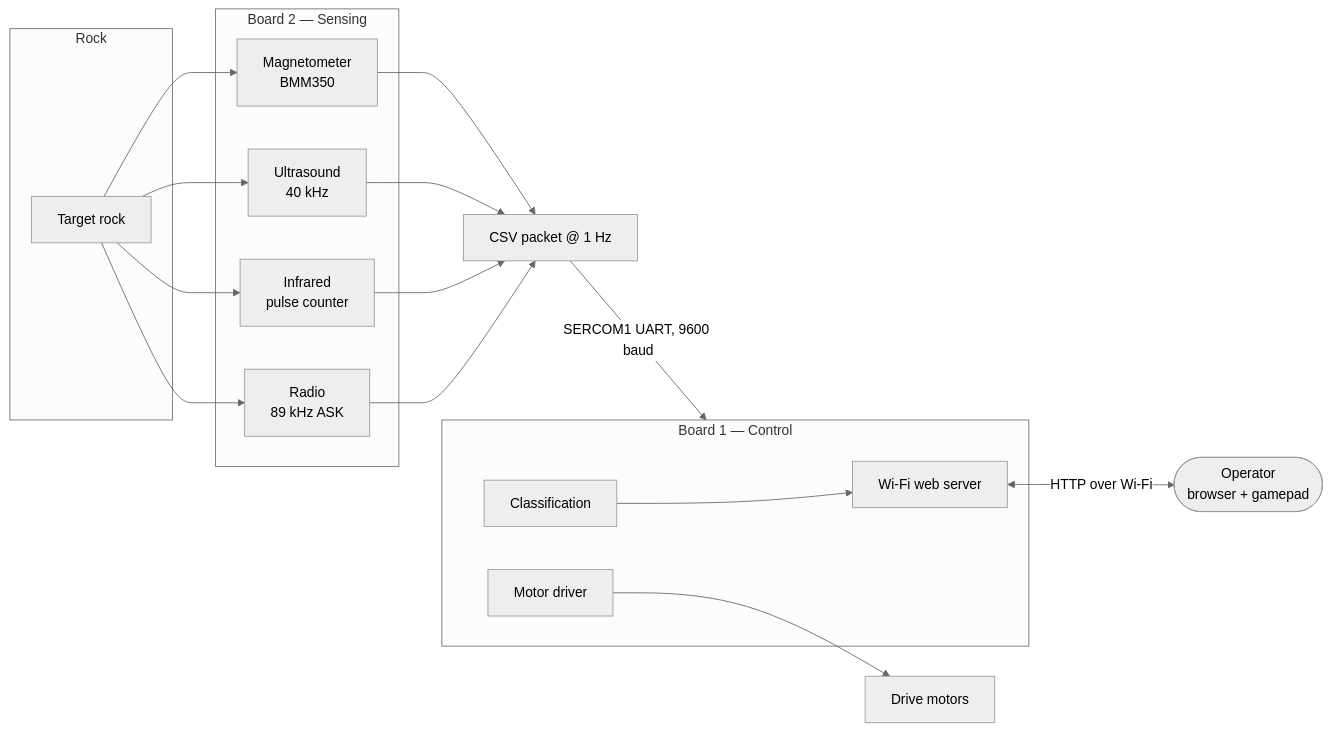
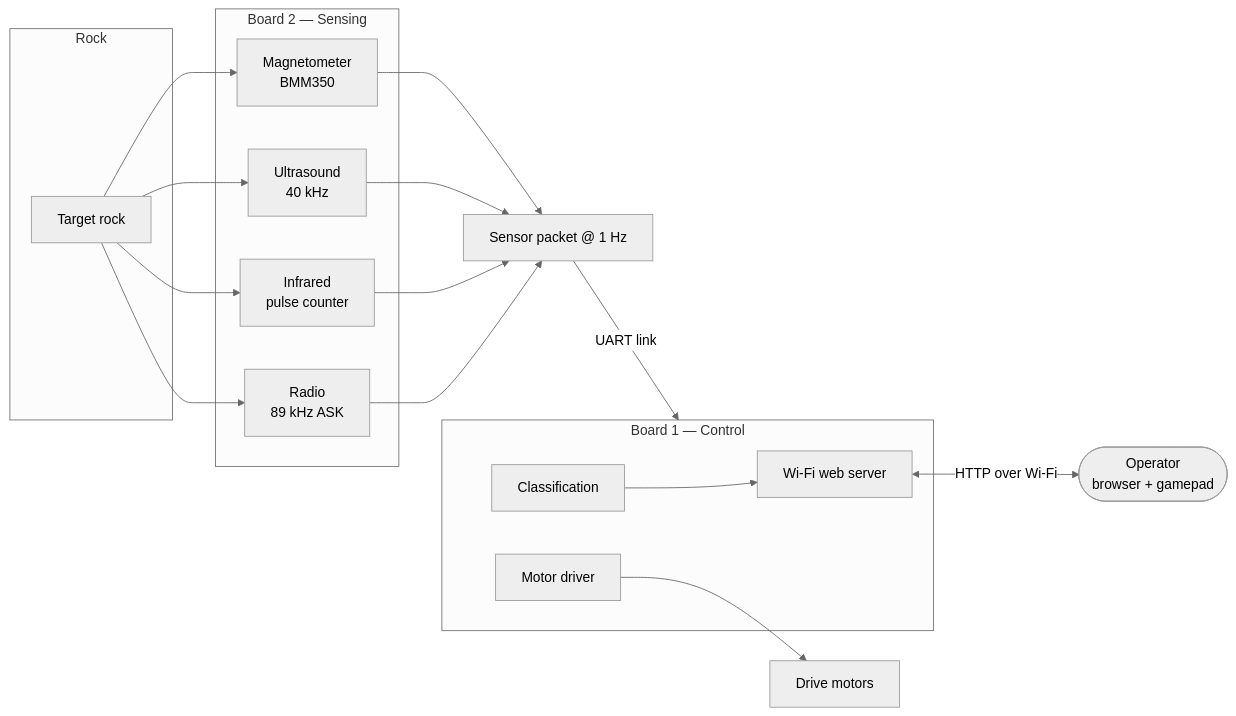
One commit to qaismasri/Luner-ICE changed the diagram in README.md. Above: the diagram before and after it, drawn with Mermaid (neutral theme). The commit also changed other lines of this file and 10 other files, not shown here.

````diff
--- a/README.md
+++ b/README.md
@@ -76,28 +154,28 @@
 ```mermaid
 flowchart LR
     subgraph Rock
         R["Target rock"]
     end
 
     subgraph B2["Board 2 — Sensing"]
         RAD["Radio<br/>89 kHz ASK"]
         IR["Infrared<br/>pulse counter"]
         US["Ultrasound<br/>40 kHz"]
         MAG["Magnetometer<br/>BMM350"]
     end
 
     subgraph B1["Board 1 — Control"]
         WEB["Wi-Fi web server"]
         CLS["Classification"]
         MOT["Motor driver"]
     end
 
     OP(["Operator<br/>browser + gamepad"])
 
     R --> RAD & IR & US & MAG
-    RAD & IR & US & MAG --> PKT["CSV packet @ 1 Hz"]
-    PKT -->|"SERCOM1 UART, 9600 baud"| B1
+    RAD & IR & US & MAG --> PKT["Sensor packet @ 1 Hz"]
+    PKT -->|"UART link"| B1
     WEB <-->|HTTP over Wi-Fi| OP
     CLS --> WEB
     MOT --> WHEELS["Drive motors"]
 ```
````
